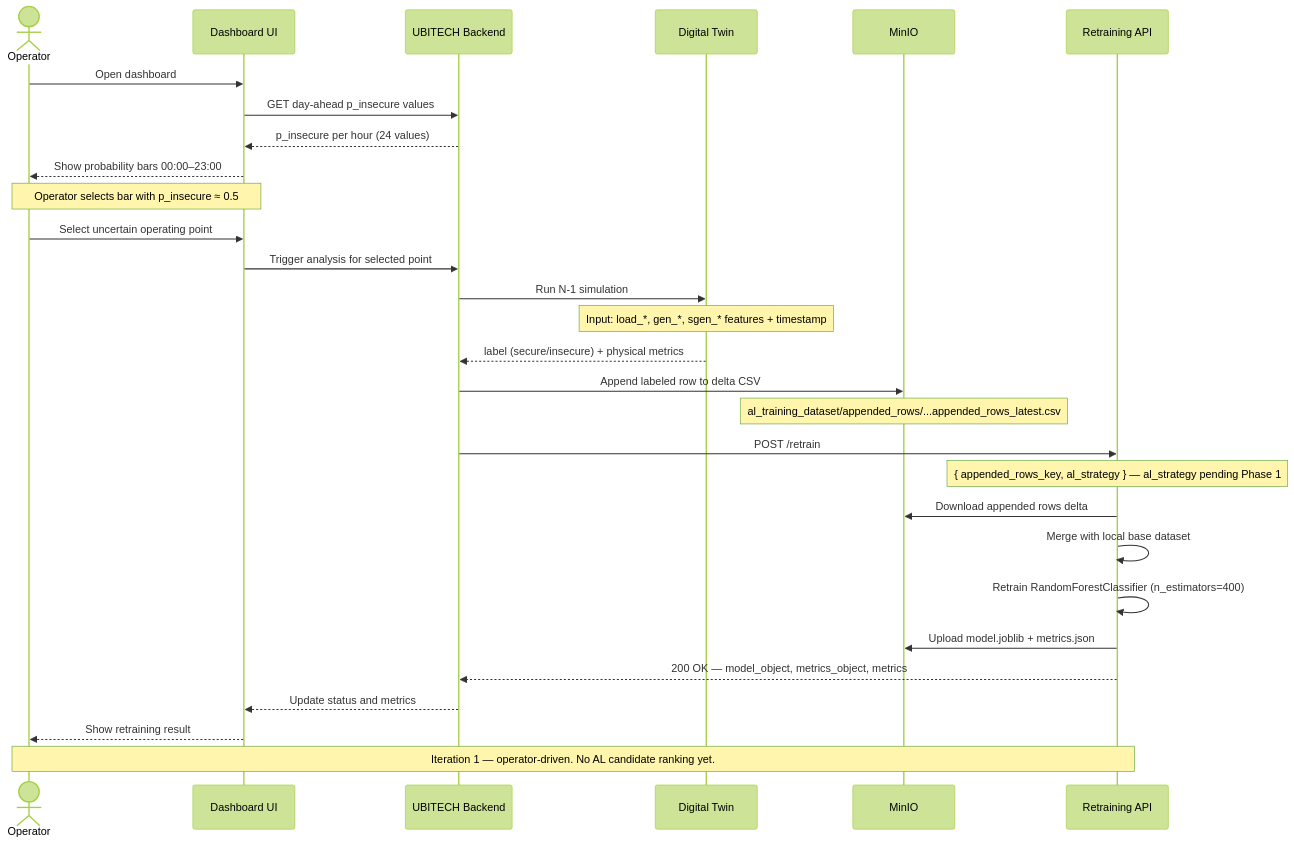
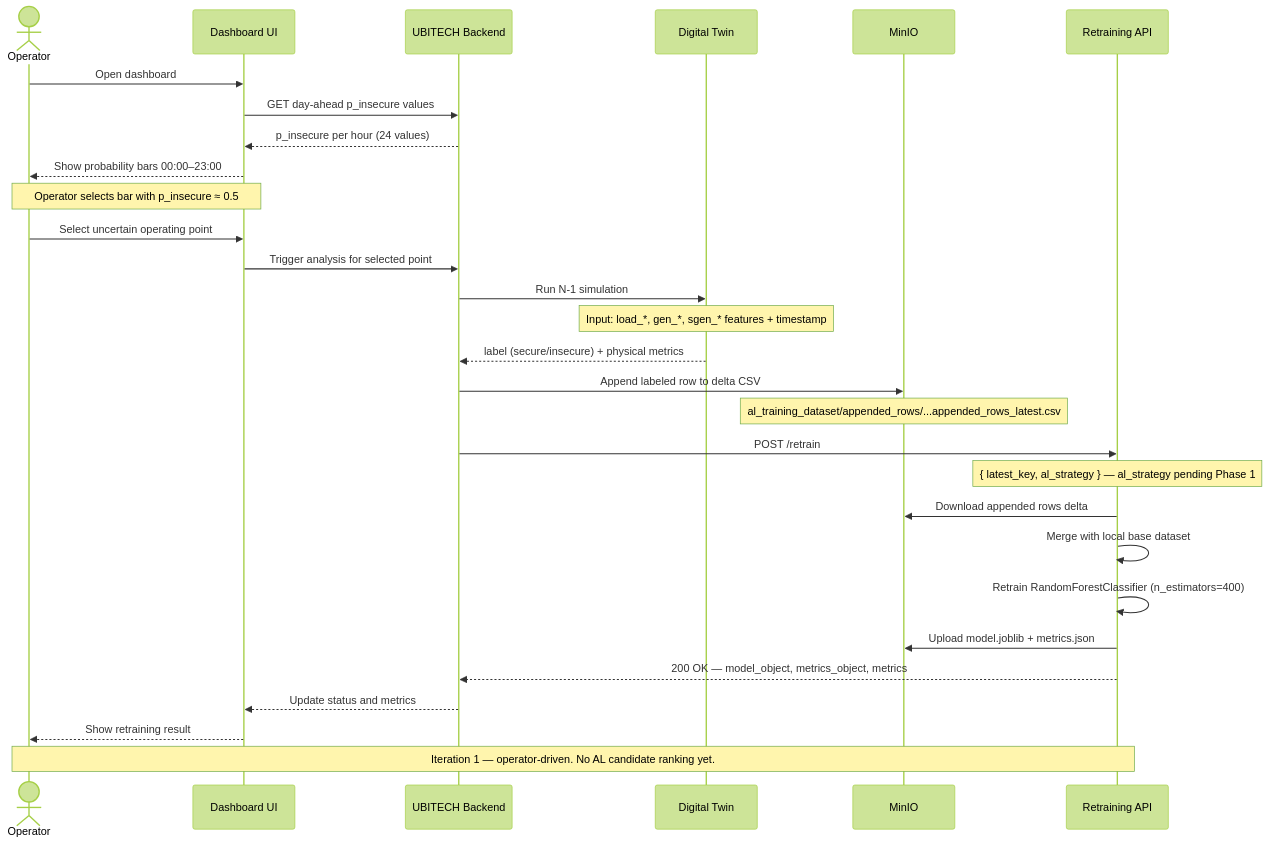
One commit to HumAIne-JSI/smart-energy-ea changed the diagram in docs/sequence-current.md. Above: the diagram before and after it, drawn with Mermaid (forest theme). The commit also changed 8 other files, not shown here.

Commit message:
refactor: rename appended_rows_key to latest_key

````diff
--- a/docs/sequence-current.md
+++ b/docs/sequence-current.md
@@ -6,40 +6,40 @@
 ```mermaid
 sequenceDiagram
     actor Operator
     participant Dashboard as Dashboard UI
     participant UBITECH as UBITECH Backend
     participant DT as Digital Twin
     participant MinIO
     participant API as Retraining API
 
     Operator->>Dashboard: Open dashboard
     Dashboard->>UBITECH: GET day-ahead p_insecure values
     UBITECH-->>Dashboard: p_insecure per hour (24 values)
     Dashboard-->>Operator: Show probability bars 00:00–23:00
 
     Note over Operator,Dashboard: Operator selects bar with p_insecure ≈ 0.5
 
     Operator->>Dashboard: Select uncertain operating point
     Dashboard->>UBITECH: Trigger analysis for selected point
 
     UBITECH->>DT: Run N-1 simulation
     Note over DT: Input: load_*, gen_*, sgen_* features + timestamp
     DT-->>UBITECH: label (secure/insecure) + physical metrics
 
     UBITECH->>MinIO: Append labeled row to delta CSV
     Note over MinIO: al_training_dataset/appended_rows/...appended_rows_latest.csv
 
     UBITECH->>API: POST /retrain
-    Note over API: { appended_rows_key, al_strategy } — al_strategy pending Phase 1
+    Note over API: { latest_key, al_strategy } — al_strategy pending Phase 1
 
     API->>MinIO: Download appended rows delta
     API->>API: Merge with local base dataset
     API->>API: Retrain RandomForestClassifier (n_estimators=400)
     API->>MinIO: Upload model.joblib + metrics.json
     API-->>UBITECH: 200 OK — model_object, metrics_object, metrics
 
     UBITECH-->>Dashboard: Update status and metrics
     Dashboard-->>Operator: Show retraining result
 
     Note over Operator,API: Iteration 1 — operator-driven. No AL candidate ranking yet.
 ```
````
